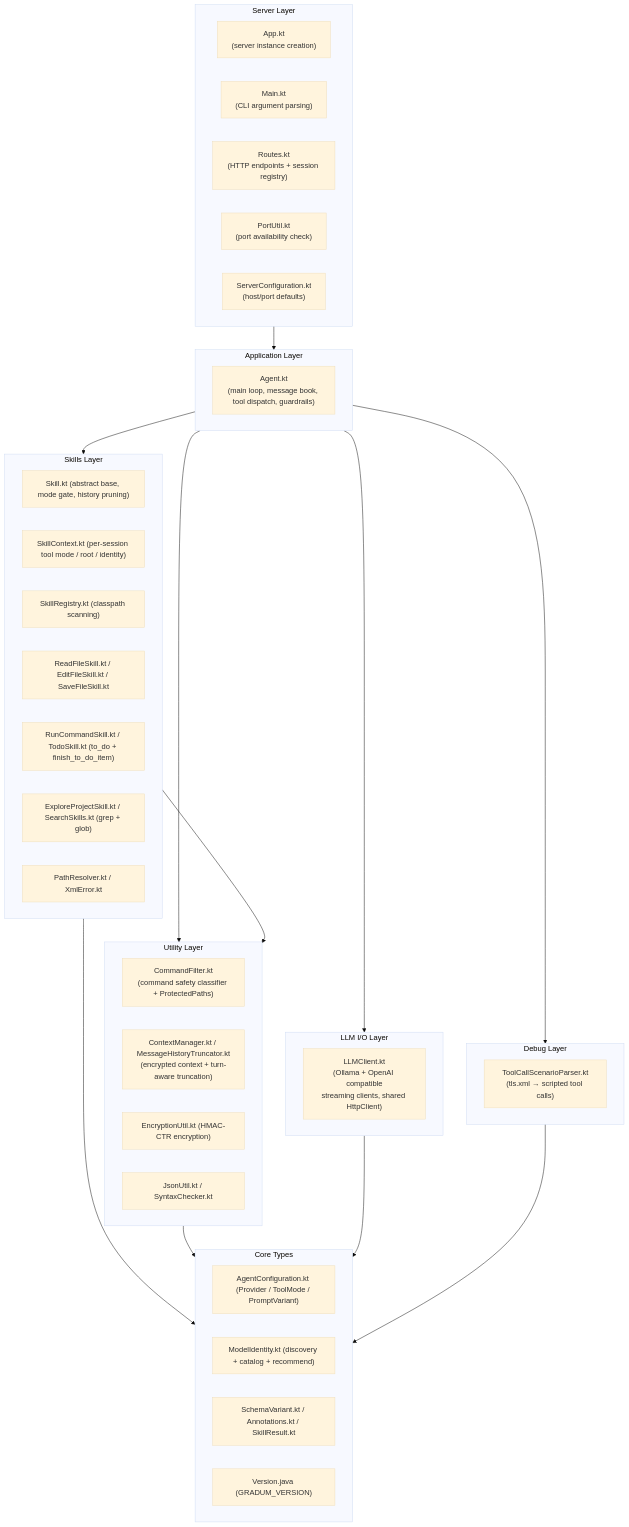
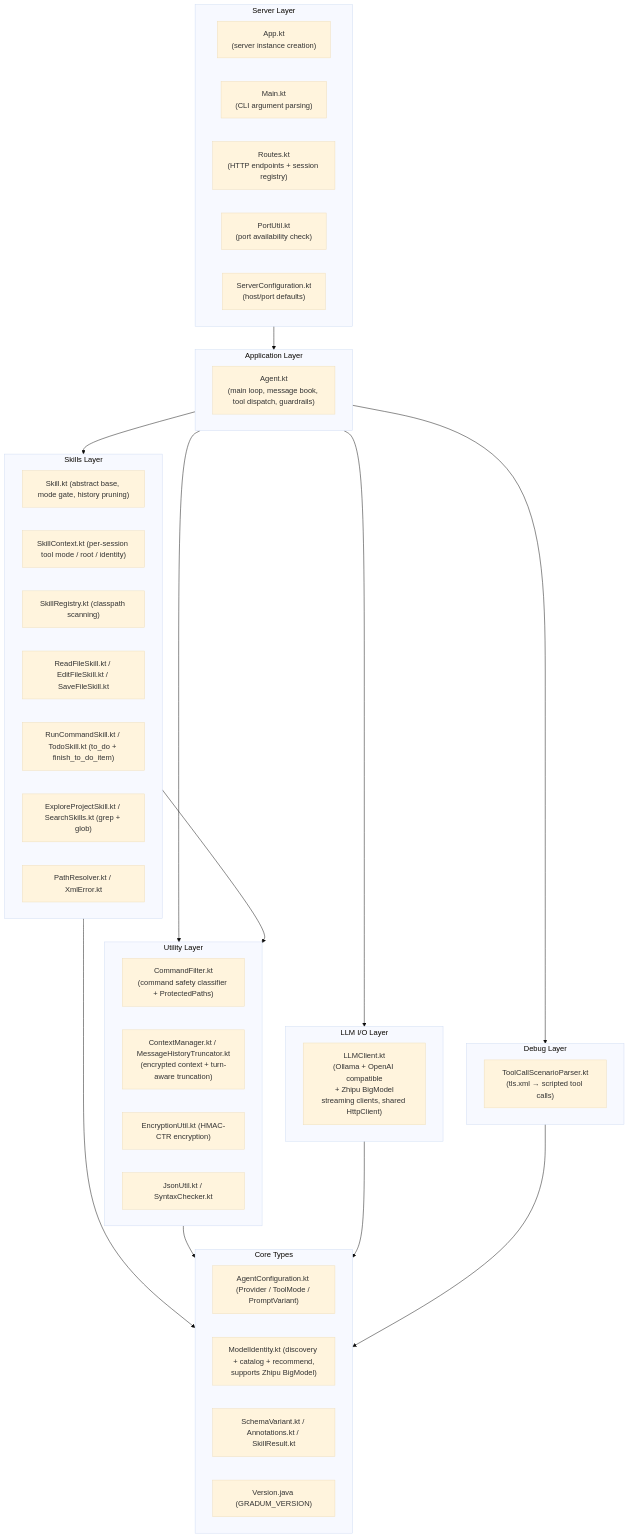
One commit to lg841226/Gradum changed the first of 29 diagrams in docs/ARCHITECTURE.md. Above: the diagram before and after it, drawn with Mermaid (base theme). The commit also changed other lines of this file, not shown here.

First line of the commit message:
Update ARCHITECTURE.md with Zhipu BigModel support

````diff
--- a/docs/ARCHITECTURE.md
+++ b/docs/ARCHITECTURE.md
@@ -100,58 +100,58 @@
 ```mermaid
 flowchart TB
     subgraph SERVER["Server Layer"]
         direction LR
         S1["App.kt<br/>(server instance creation)"]
         S2["Main.kt<br/>(CLI argument parsing)"]
         S3["Routes.kt<br/>(HTTP endpoints + session registry)"]
         S4["PortUtil.kt<br/>(port availability check)"]
         S5["ServerConfiguration.kt<br/>(host/port defaults)"]
     end
 
     subgraph APP["Application Layer"]
         A1["Agent.kt<br/>(main loop, message book, tool dispatch, guardrails)"]
     end
 
     subgraph LLM["LLM I/O Layer"]
-        L1["LLMClient.kt<br/>(Ollama + OpenAI compatible<br/>streaming clients, shared HttpClient)"]
+        L1["LLMClient.kt<br/>(Ollama + OpenAI compatible<br/>+ Zhipu BigModel<br/>streaming clients, shared HttpClient)"]
     end
 
     subgraph DEBUG["Debug Layer"]
         D1["ToolCallScenarioParser.kt<br/>(tls.xml → scripted tool calls)"]
     end
 
     subgraph SKILLS["Skills Layer"]
         SK1["Skill.kt (abstract base, mode gate, history pruning)"]
         SK2["SkillContext.kt (per-session tool mode / root / identity)"]
         SK3["SkillRegistry.kt (classpath scanning)"]
         SK4["ReadFileSkill.kt / EditFileSkill.kt / SaveFileSkill.kt"]
         SK5["RunCommandSkill.kt / TodoSkill.kt (to_do + finish_to_do_item)"]
         SK6["ExploreProjectSkill.kt / SearchSkills.kt (grep + glob)"]
         SK7["PathResolver.kt / XmlError.kt"]
     end
 
     subgraph UTIL["Utility Layer"]
         U1["CommandFilter.kt<br/>(command safety classifier + ProtectedPaths)"]
         U2["ContextManager.kt / MessageHistoryTruncator.kt<br/>(encrypted context + turn-aware truncation)"]
         U3["EncryptionUtil.kt (HMAC-CTR encryption)"]
         U4["JsonUtil.kt / SyntaxChecker.kt"]
     end
 
     subgraph CORE["Core Types"]
         C1["AgentConfiguration.kt (Provider / ToolMode / PromptVariant)"]
-        C2["ModelIdentity.kt (discovery + catalog + recommend)"]
+        C2["ModelIdentity.kt (discovery + catalog + recommend,<br/>supports Zhipu BigModel)"]
         C3["SchemaVariant.kt / Annotations.kt / SkillResult.kt"]
         C4["Version.java (GRADUM_VERSION)"]
     end
 
     SERVER --> APP
     APP --> LLM
     APP --> DEBUG
     APP --> SKILLS
     APP --> UTIL
     SKILLS --> UTIL
     SKILLS --> CORE
     UTIL --> CORE
     LLM --> CORE
     DEBUG --> CORE
 ```
````
